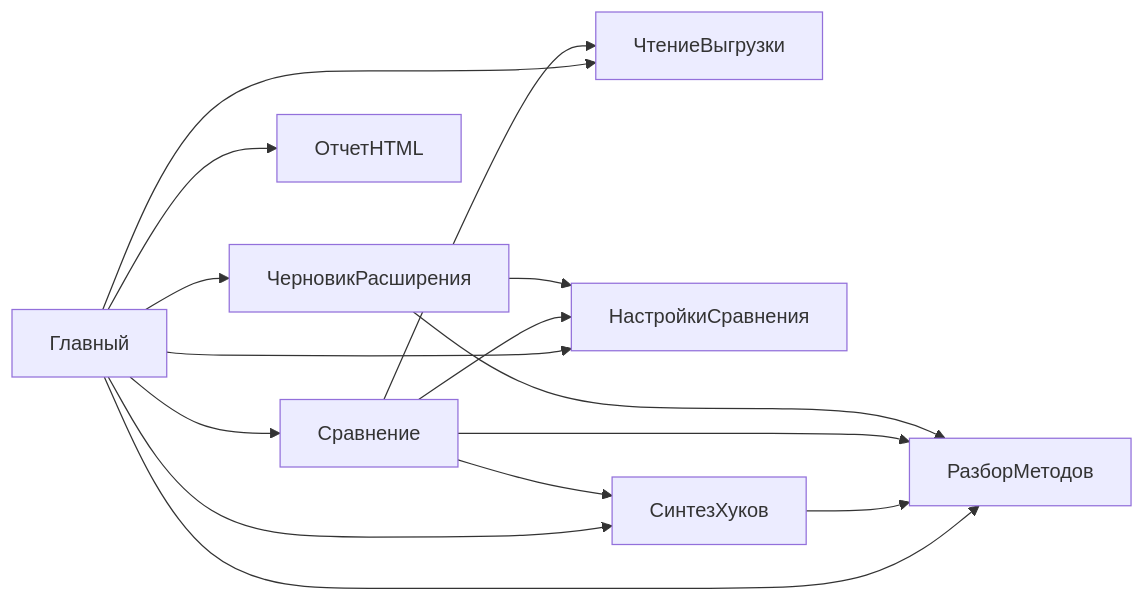
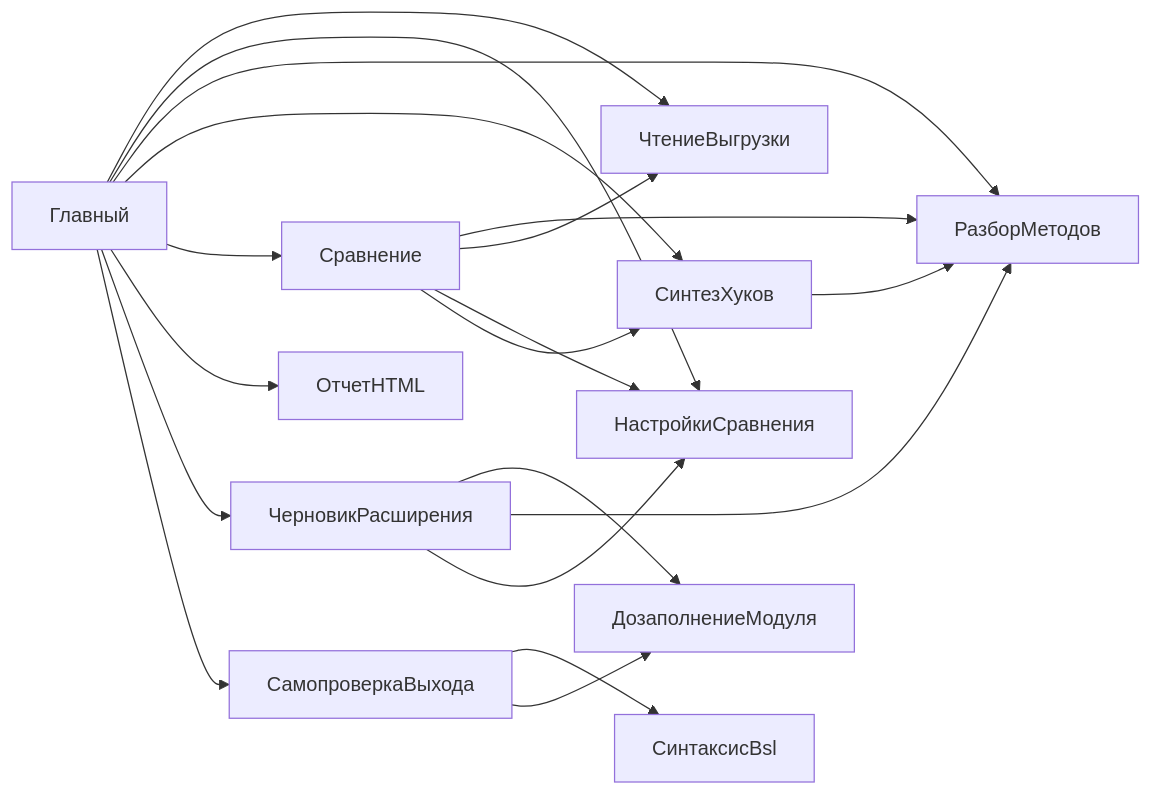
Before and after one commit to FilippovRI/1s_sverka_koda: the diagram in typovaya-up/docs/FLOW.md, drawn with Mermaid. The commit also changed other lines of this file and 11 other files, not shown here.

````diff
--- a/typovaya-up/docs/FLOW.md
+++ b/typovaya-up/docs/FLOW.md
@@ -76,17 +103,21 @@
 ```mermaid
 flowchart LR
   G[Главный] --> V[ЧтениеВыгрузки]
   G --> N[НастройкиСравнения]
   G --> R[РазборМетодов]
   G --> S[СинтезХуков]
   G --> C[Сравнение]
   G --> O[ОтчетHTML]
   G --> D[ЧерновикРасширения]
+  G --> SC[СамопроверкаВыхода]
+  SC --> SX[СинтаксисBsl]
+  SC --> H[ДозаполнениеМодуля]
+  D --> H
   S --> R
   C --> R
   C --> V
   C --> N
   C --> S
   D --> R
   D --> N
 ```
````
